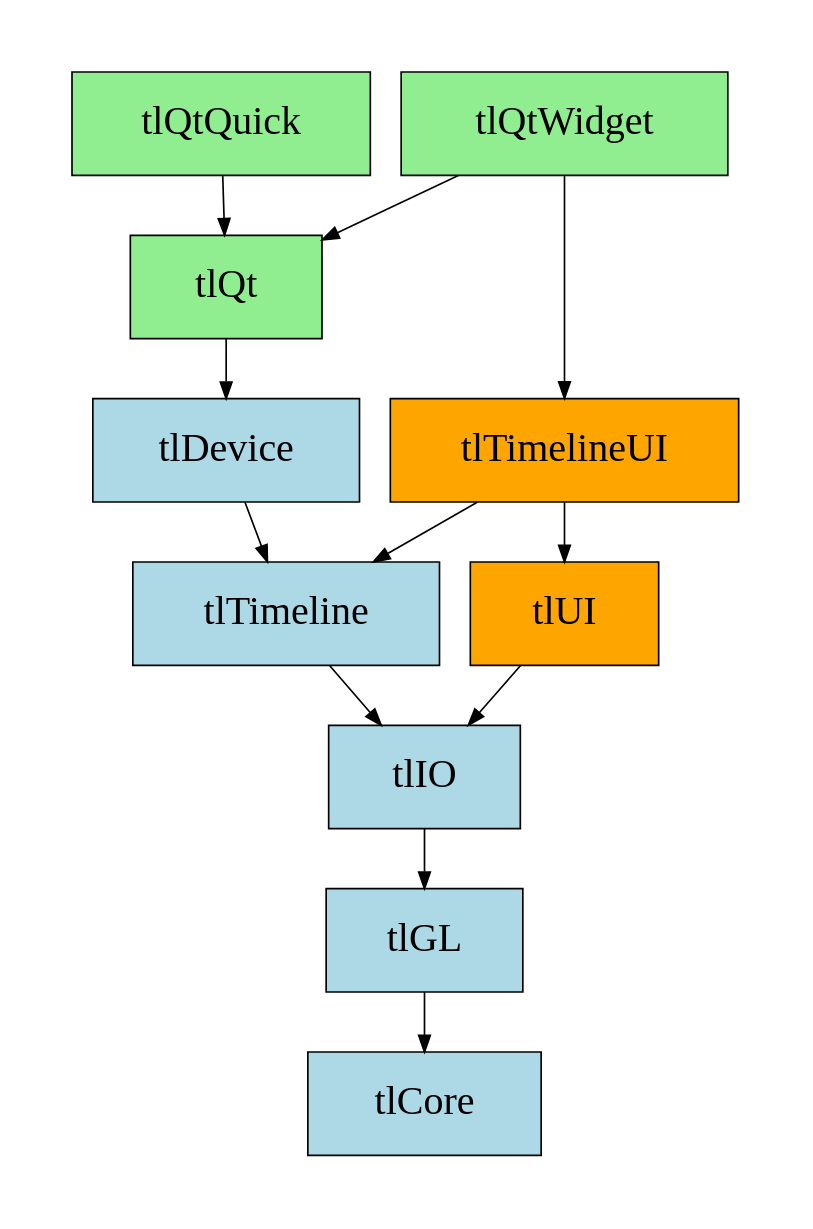
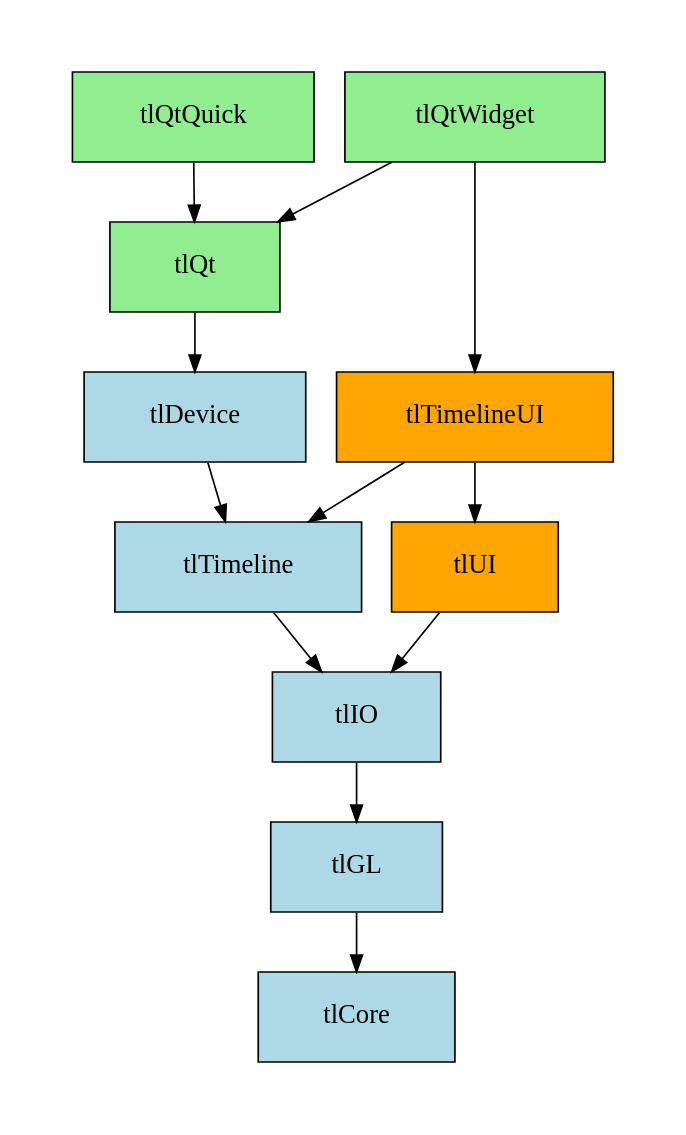
The diagram in etc/Images/tlRenderLibraries.dot (darbyjohnston/tlRender), drawn with Graphviz before and after one commit. The commit also changed 1 other file, not shown here.

```diff
--- a/etc/Images/tlRenderLibraries.dot
+++ b/etc/Images/tlRenderLibraries.dot
@@ -1,25 +1,25 @@
 digraph "tlRender" {
     pad = 0.5
-    node [ fontsize = 24, style = filled, fontname = NotoSans, fontcolor = black, margin = "0.5,0.25" ];
+    node [ fontsize = 16, style = filled, fontname = NotoSans, fontcolor = black, margin = "0.5,0.25" ];
     "node0" [ label = "tlTimeline", shape = rectangle, fillcolor = lightblue ];
     "node1" [ label = "tlIO", shape = rectangle, fillcolor = lightblue ];
     "node2" [ label = "tlGL", shape = rectangle, fillcolor = lightblue ];
     "node3" [ label = "tlCore", shape = rectangle, fillcolor = lightblue ];
     "node2" -> "node3"  // tlGL -> tlCore
     "node1" -> "node2"  // tlIO -> tlGL
     "node0" -> "node1"  // tlTimeline -> tlIO
     "node4" [ label = "tlQtWidget", shape = rectangle, fillcolor = lightgreen ];
     "node5" [ label = "tlQt", shape = rectangle, fillcolor = lightgreen ];
     "node6" [ label = "tlDevice", shape = rectangle, fillcolor = lightblue ];
     "node6" -> "node0"  // tlDevice -> tlTimeline
     "node5" -> "node6"  // tlQt -> tlDevice
     "node4" -> "node5"  // tlQtWidget -> tlQt
     "node7" [ label = "tlTimelineUI", shape = rectangle, fillcolor = orange ];
     "node7" -> "node0"  // tlTimelineUI -> tlTimeline
     "node8" [ label = "tlUI", shape = rectangle, fillcolor = orange ];
     "node8" -> "node1"  // tlUI -> tlIO
     "node7" -> "node8"  // tlTimelineUI -> tlUI
     "node4" -> "node7"  // tlQtWidget -> tlTimelineUI
     "node9" [ label = "tlQtQuick", shape = rectangle, fillcolor = lightgreen ];
     "node9" -> "node5"  // tlQtQuick -> tlQt
 }
```
